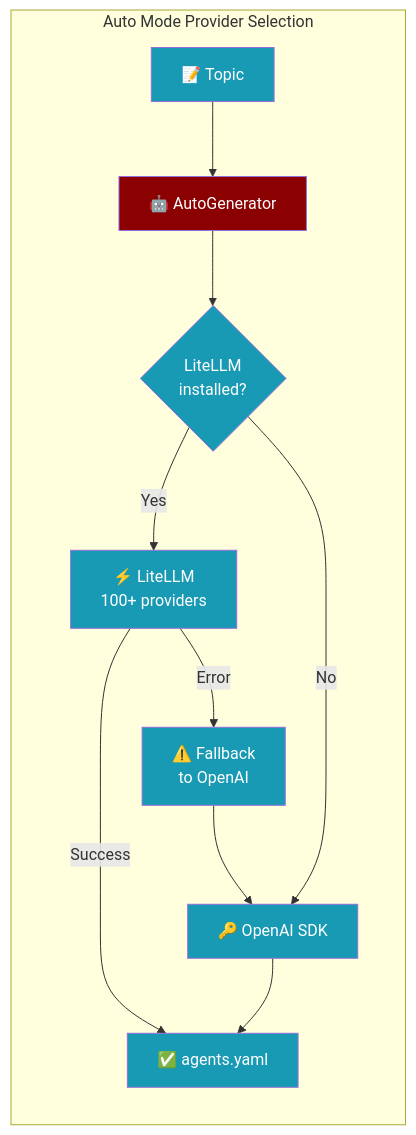
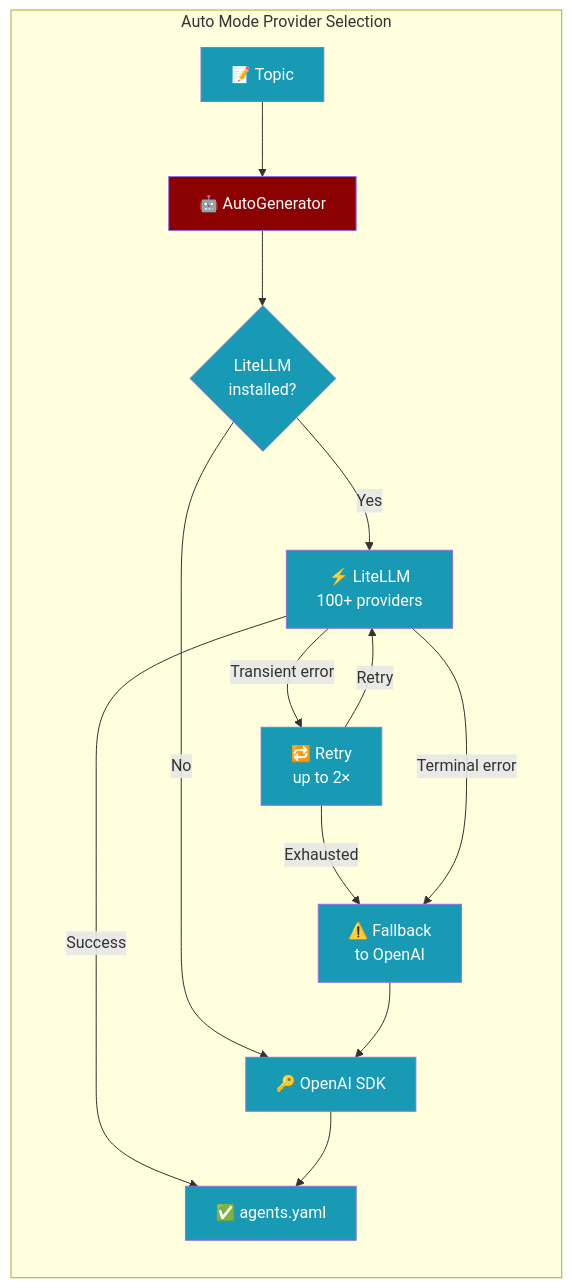
Before and after one commit to MervinPraison/PraisonAIDocs: the first of 5 diagrams in docs/features/auto-generator-providers.mdx, drawn with Mermaid. The commit also changed other lines of this file and 3 other files, not shown here.

Commit message:
docs: document LiteLLM transient-error retries in praisonai --auto (fixes #4591)

````diff
--- a/docs/features/auto-generator-providers.mdx
+++ b/docs/features/auto-generator-providers.mdx
@@ -20,19 +20,22 @@
 ```mermaid
 graph LR
     subgraph "Auto Mode Provider Selection"
         T["📝 Topic"] --> AG["🤖 AutoGenerator"]
         AG --> LIT{"LiteLLM\ninstalled?"}
         LIT -->|Yes| LL["⚡ LiteLLM\n100+ providers"]
         LIT -->|No| OAI["🔑 OpenAI SDK"]
         LL -->|Success| YAML["✅ agents.yaml"]
-        LL -->|Error| FB["⚠️ Fallback\nto OpenAI"]
+        LL -->|Transient error| RT["🔁 Retry\nup to 2×"]
+        RT -->|Retry| LL
+        RT -->|Exhausted| FB["⚠️ Fallback\nto OpenAI"]
+        LL -->|Terminal error| FB
         FB --> OAI
         OAI --> YAML
     end
 
     classDef agent fill:#8B0000,color:#fff
     classDef tool fill:#189AB4,color:#fff
 
     class AG agent
-    class T,LIT,LL,OAI,FB,YAML tool
+    class T,LIT,LL,OAI,FB,RT,YAML tool
 ```
````
